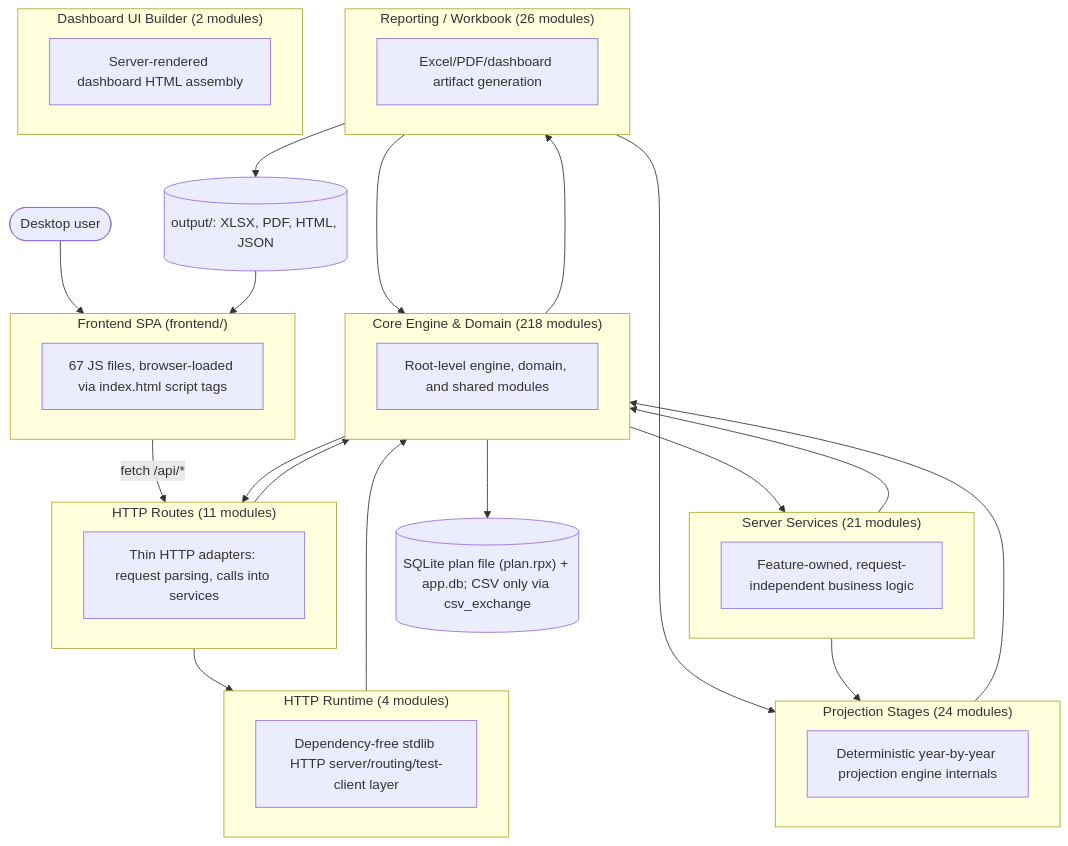
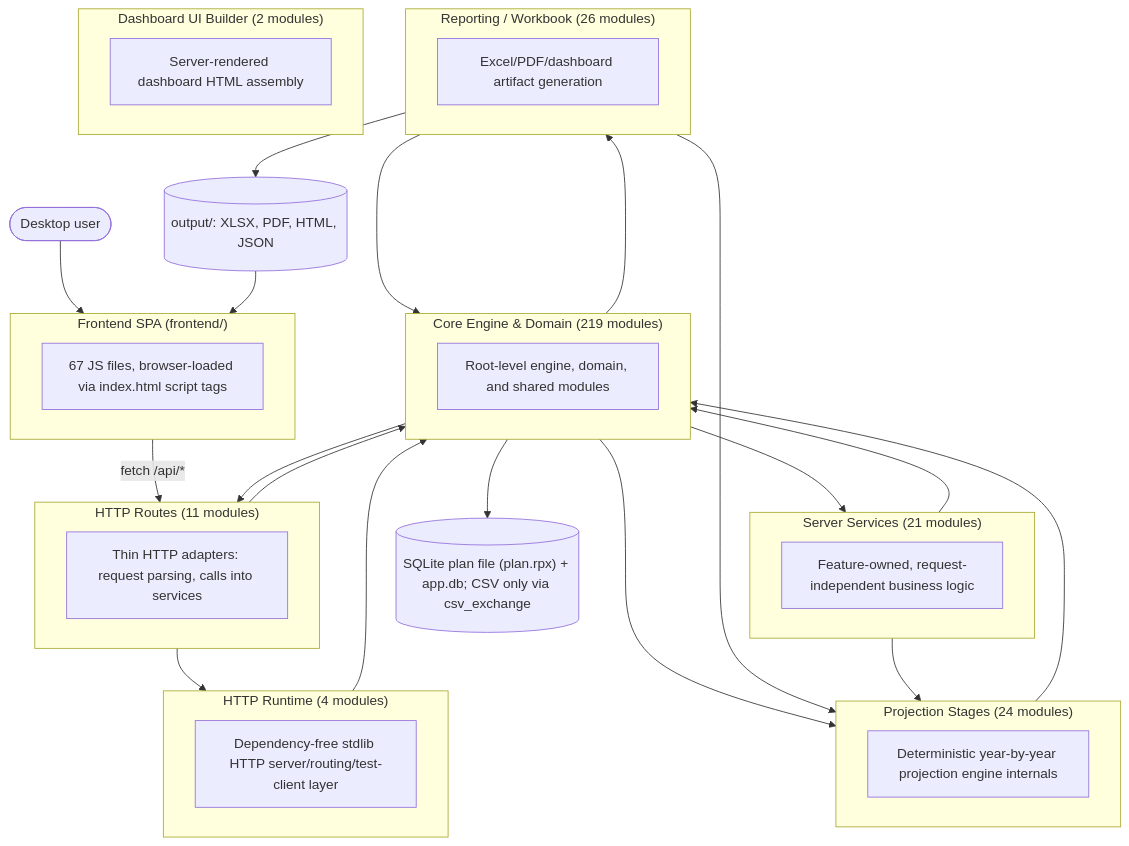
One commit to matthartzman/retirement_system changed the first of 2 diagrams in documentation/reference/SYSTEM_ARCHITECTURE_DIAGRAM.md. Above: the diagram before and after it, drawn with Mermaid. The commit also changed other lines of this file and 7 other files, not shown here.

````diff
--- a/documentation/reference/SYSTEM_ARCHITECTURE_DIAGRAM.md
+++ b/documentation/reference/SYSTEM_ARCHITECTURE_DIAGRAM.md
@@ -11,43 +11,44 @@
 ```mermaid
 flowchart TB
     User(["Desktop user"]) --> FE
     subgraph FE["Frontend SPA (frontend/)"]
         FEcount["67 JS files, browser-loaded via index.html script tags"]
     end
     FE -->|fetch /api/*| L_HTTP_Routes
     subgraph L_HTTP_Routes["HTTP Routes (11 modules)"]
         L_HTTP_Routes_d["Thin HTTP adapters: request parsing, calls into services"]
     end
     subgraph L_Server_Services["Server Services (21 modules)"]
         L_Server_Services_d["Feature-owned, request-independent business logic"]
     end
     subgraph L_HTTP_Runtime["HTTP Runtime (4 modules)"]
         L_HTTP_Runtime_d["Dependency-free stdlib HTTP server/routing/test-client layer"]
     end
-    subgraph L_Core_Engine___Domain["Core Engine & Domain (218 modules)"]
+    subgraph L_Core_Engine___Domain["Core Engine & Domain (219 modules)"]
         L_Core_Engine___Domain_d["Root-level engine, domain, and shared modules"]
     end
     subgraph L_Projection_Stages["Projection Stages (24 modules)"]
         L_Projection_Stages_d["Deterministic year-by-year projection engine internals"]
     end
     subgraph L_Reporting___Workbook["Reporting / Workbook (26 modules)"]
         L_Reporting___Workbook_d["Excel/PDF/dashboard artifact generation"]
     end
     subgraph L_Dashboard_UI_Builder["Dashboard UI Builder (2 modules)"]
         L_Dashboard_UI_Builder_d["Server-rendered dashboard HTML assembly"]
     end
     L_Core_Engine___Domain --> L_HTTP_Routes
+    L_Core_Engine___Domain --> L_Projection_Stages
     L_Core_Engine___Domain --> L_Reporting___Workbook
     L_Core_Engine___Domain --> L_Server_Services
     L_HTTP_Routes --> L_Core_Engine___Domain
     L_HTTP_Routes --> L_HTTP_Runtime
     L_HTTP_Runtime --> L_Core_Engine___Domain
     L_Projection_Stages --> L_Core_Engine___Domain
     L_Reporting___Workbook --> L_Core_Engine___Domain
     L_Reporting___Workbook --> L_Projection_Stages
     L_Server_Services --> L_Core_Engine___Domain
     L_Server_Services --> L_Projection_Stages
     L_Core_Engine___Domain --> DB[("SQLite plan file (plan.rpx) + app.db; CSV only via csv_exchange")]
     L_Reporting___Workbook --> Outputs[("output/: XLSX, PDF, HTML, JSON")]
     Outputs --> FE
 ```
````
